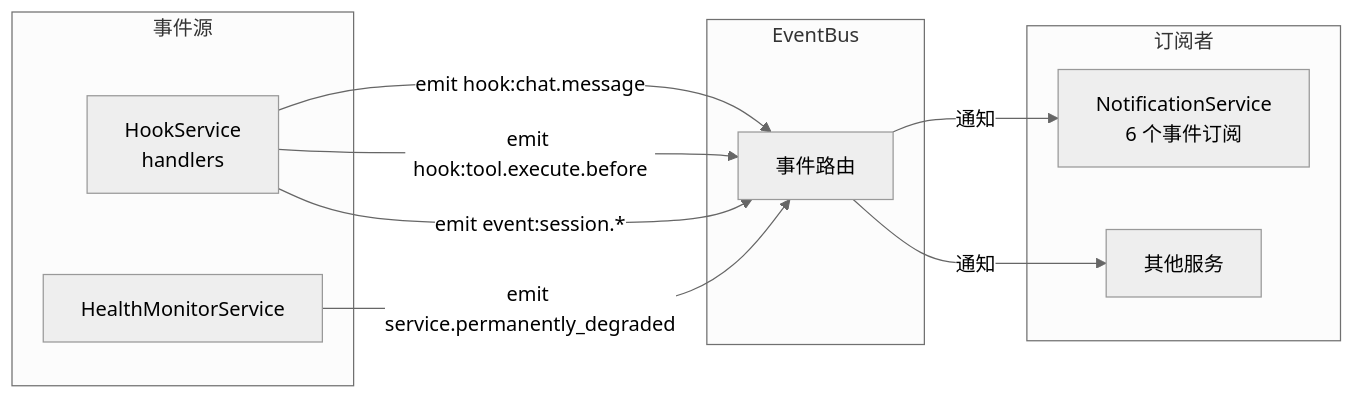
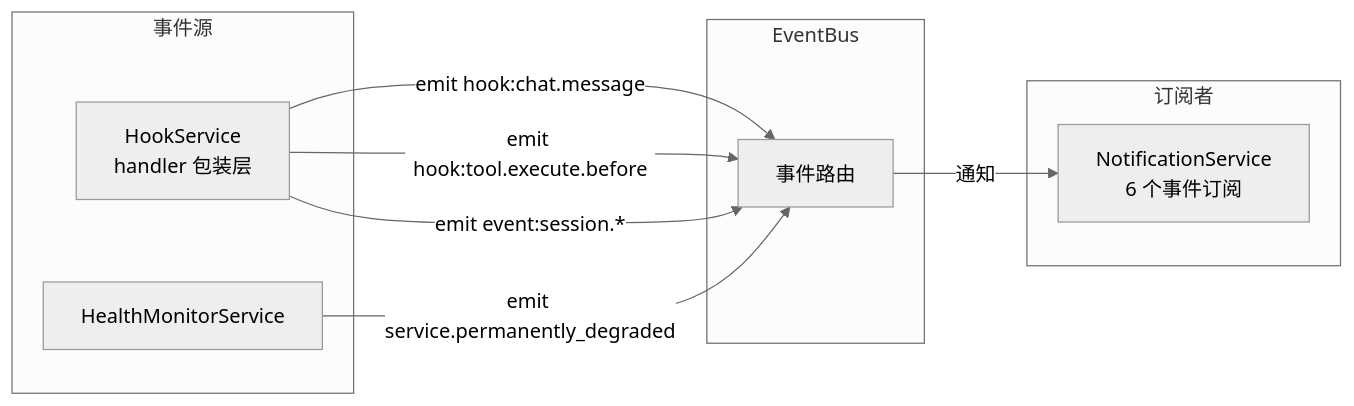
The third of 4 diagrams in docs/01-Overview/service-architecture.md (EricMoin/rolebox-docs), drawn with Mermaid (neutral theme) before and after one commit. The commit also changed other lines of this file and 62 other files, not shown here.

````diff
--- a/docs/01-Overview/service-architecture.md
+++ b/docs/01-Overview/service-architecture.md
@@ -192,23 +179,21 @@
 ```mermaid
 flowchart LR
     subgraph Emitters[事件源]
-        HSVC[HookService<br/>handlers]
+        HSVC[HookService<br/>handler 包装层]
         HMSVC[HealthMonitorService]
     end
 
     subgraph Bus[EventBus]
         EV[事件路由]
     end
 
     subgraph Subscribers[订阅者]
         NSVC[NotificationService<br/>6 个事件订阅]
-        RM[其他服务]
     end
 
     HSVC -->|emit hook:chat.message| EV
     HSVC -->|emit hook:tool.execute.before| EV
     HSVC -->|emit event:session.*| EV
     HMSVC -->|emit service.permanently_degraded| EV
     EV -->|通知| NSVC
-    EV -->|通知| RM
 ```
````
